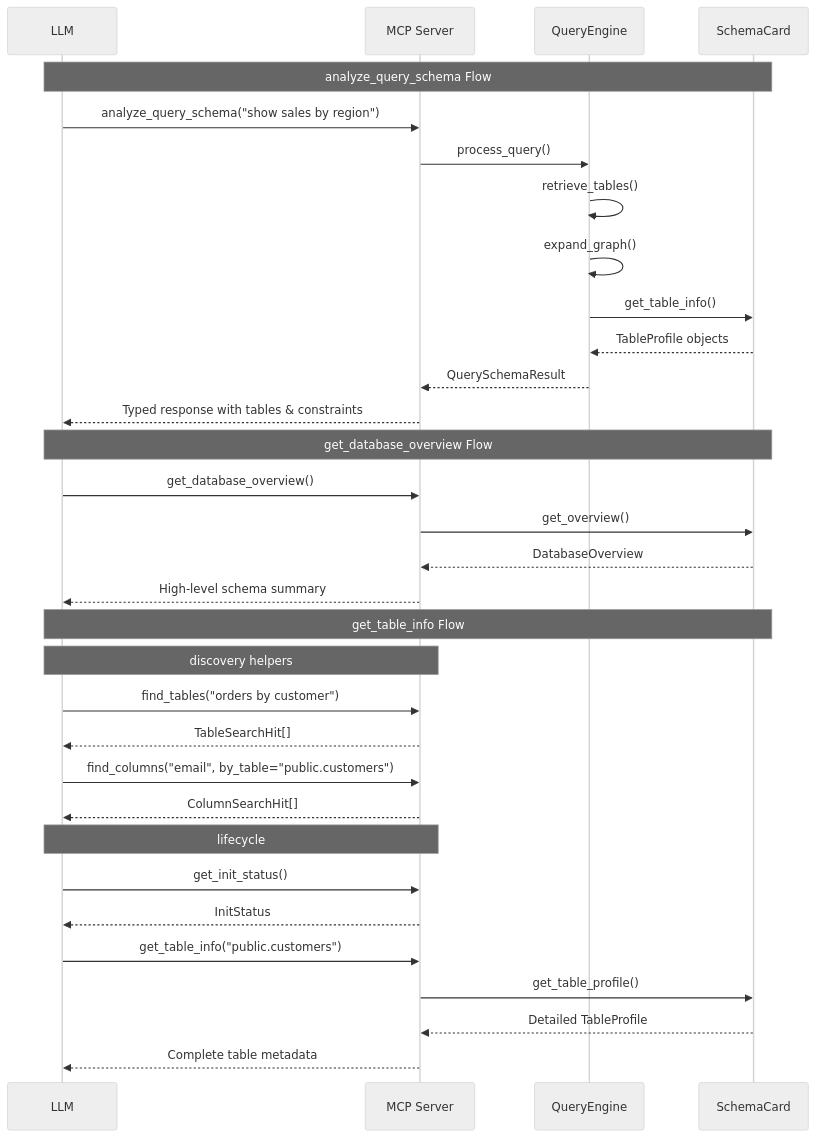
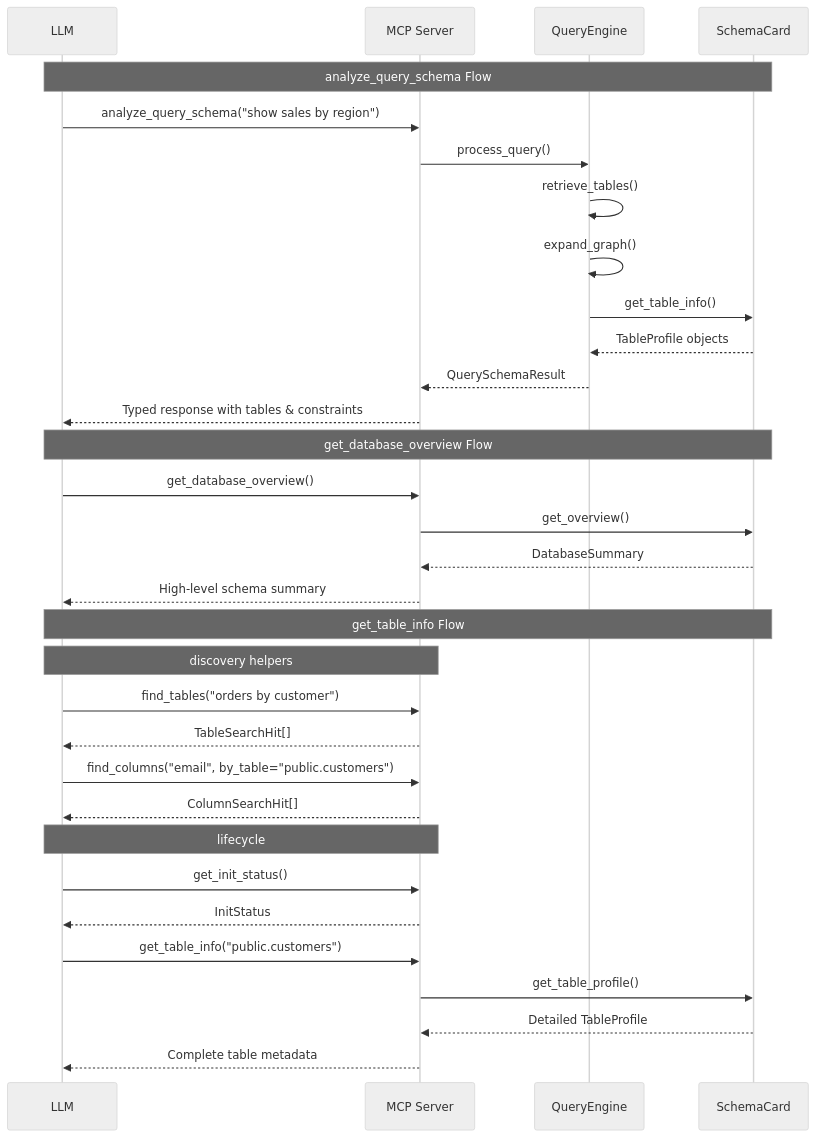
The fourth of 5 diagrams in src/nl2sql_mcp/schema_tools/README.md (Mando-03/nl2sql-mcp), drawn with Mermaid (neutral theme) before and after one commit. The commit also changed other lines of this file and 1 other file, not shown here.

````diff
--- a/src/nl2sql_mcp/schema_tools/README.md
+++ b/src/nl2sql_mcp/schema_tools/README.md
@@ -235,39 +235,39 @@
 ```mermaid
 sequenceDiagram
     participant LLM
     participant MCP as MCP Server
     participant QE as QueryEngine
     participant SC as SchemaCard
 
     Note over LLM,SC: analyze_query_schema Flow
     LLM->>MCP: analyze_query_schema("show sales by region")
     MCP->>QE: process_query()
     QE->>QE: retrieve_tables()
     QE->>QE: expand_graph()
     QE->>SC: get_table_info()
     SC-->>QE: TableProfile objects
     QE-->>MCP: QuerySchemaResult
     MCP-->>LLM: Typed response with tables & constraints
 
     Note over LLM,SC: get_database_overview Flow
     LLM->>MCP: get_database_overview()
     MCP->>SC: get_overview()
-    SC-->>MCP: DatabaseOverview
+    SC-->>MCP: DatabaseSummary
     MCP-->>LLM: High-level schema summary
 
     Note over LLM,SC: get_table_info Flow
 
     Note over LLM,MCP: discovery helpers
     LLM->>MCP: find_tables("orders by customer")
     MCP-->>LLM: TableSearchHit[]
     LLM->>MCP: find_columns("email", by_table="public.customers")
     MCP-->>LLM: ColumnSearchHit[]
 
     Note over LLM,MCP: lifecycle
     LLM->>MCP: get_init_status()
     MCP-->>LLM: InitStatus
     LLM->>MCP: get_table_info("public.customers")
     MCP->>SC: get_table_profile()
     SC-->>MCP: Detailed TableProfile
     MCP-->>LLM: Complete table metadata
 ```
````
